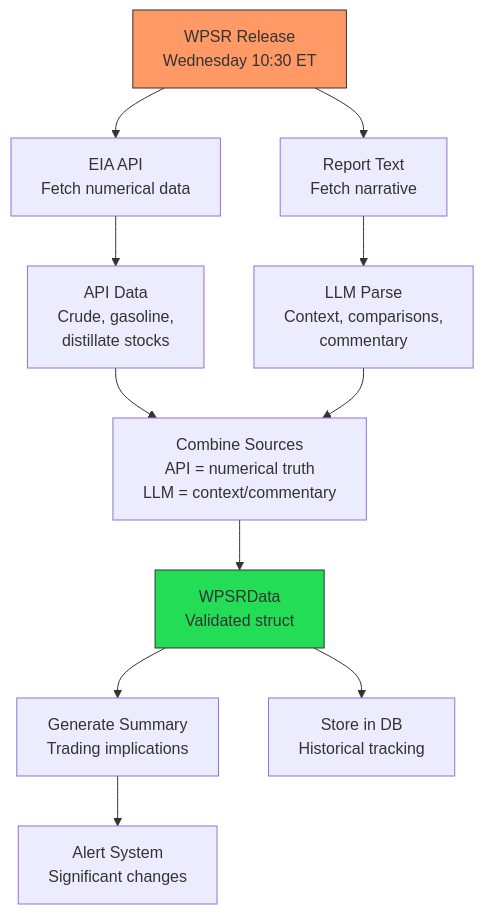
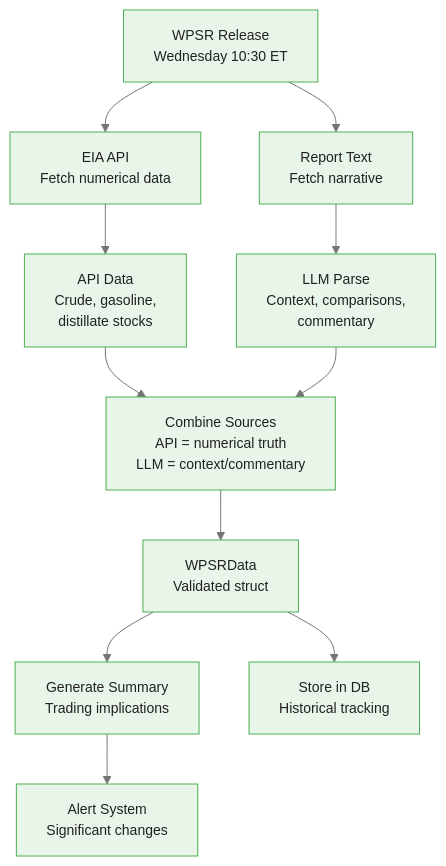
Before and after one commit to m-deane/course-creator: the second of 4 diagrams in courses/genai-commodities/modules/module_01_report_processing/guides/01_eia_reports_slides.md, drawn with Mermaid. The commit also changed other lines of this file and 84 other files, not shown here.

````diff
--- a/courses/genai-commodities/modules/module_01_report_processing/guides/01_eia_reports_slides.md
+++ b/courses/genai-commodities/modules/module_01_report_processing/guides/01_eia_reports_slides.md
@@ -481,19 +520,17 @@
 ```mermaid
+%%{init: {"theme": "base", "themeVariables": {"primaryColor": "#e8f5e9", "primaryBorderColor": "#4caf50", "primaryTextColor": "#212121", "secondaryColor": "#e3f2fd", "tertiaryColor": "#fff8e1", "lineColor": "#757575", "fontFamily": "Inter, sans-serif", "fontSize": "14px"}}}%%
 flowchart TD
     A[WPSR Release<br/>Wednesday 10:30 ET] --> B[EIA API<br/>Fetch numerical data]
     A --> C[Report Text<br/>Fetch narrative]
 
     B --> D[API Data<br/>Crude, gasoline,<br/>distillate stocks]
     C --> E[LLM Parse<br/>Context, comparisons,<br/>commentary]
 
     D --> F[Combine Sources<br/>API = numerical truth<br/>LLM = context/commentary]
     E --> F
 
     F --> G[WPSRData<br/>Validated struct]
     G --> H[Generate Summary<br/>Trading implications]
     G --> I[Store in DB<br/>Historical tracking]
     H --> J[Alert System<br/>Significant changes]
-
-    style A fill:#f96,stroke:#333
-    style G fill:#2d5,stroke:#333
 ```
````
